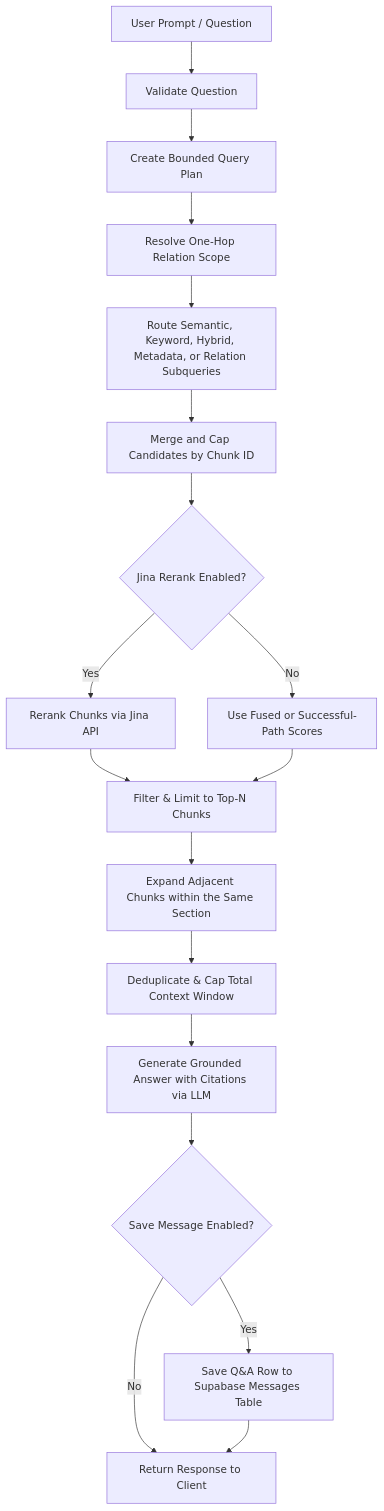
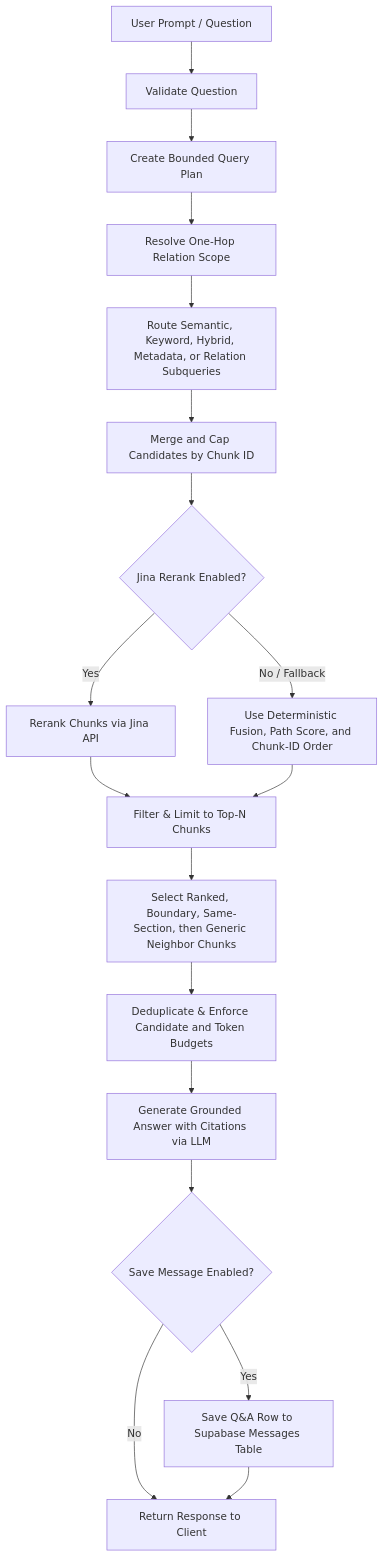
The second of 2 diagrams in README.md (phongka79d/DocumentAgent), drawn with Mermaid before and after one commit. The commit also changed other lines of this file and 11 other files, not shown here.

````diff
--- a/README.md
+++ b/README.md
@@ -57,20 +57,20 @@
 ```mermaid
 graph TD
     A[User Prompt / Question] --> B[Validate Question]
     B --> C[Create Bounded Query Plan]
     C --> D[Resolve One-Hop Relation Scope]
     D --> E[Route Semantic, Keyword, Hybrid, Metadata, or Relation Subqueries]
     E --> F[Merge and Cap Candidates by Chunk ID]
     F --> G{Jina Rerank Enabled?}
     G -->|Yes| H[Rerank Chunks via Jina API]
-    G -->|No| I[Use Fused or Successful-Path Scores]
+    G -->|No / Fallback| I[Use Deterministic Fusion, Path Score, and Chunk-ID Order]
     H --> J[Filter & Limit to Top-N Chunks]
     I --> J
-    J --> K[Expand Adjacent Chunks within the Same Section]
-    K --> L[Deduplicate & Cap Total Context Window]
+    J --> K[Select Ranked, Boundary, Same-Section, then Generic Neighbor Chunks]
+    K --> L[Deduplicate & Enforce Candidate and Token Budgets]
     L --> M[Generate Grounded Answer with Citations via LLM]
     M --> N{Save Message Enabled?}
     N -->|Yes| O[Save Q&A Row to Supabase Messages Table]
     N -->|No| P[Return Response to Client]
     O --> P
 ```
````
